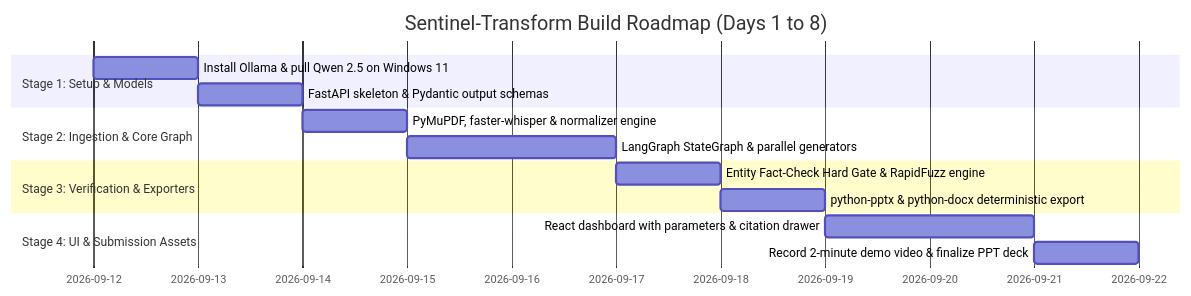
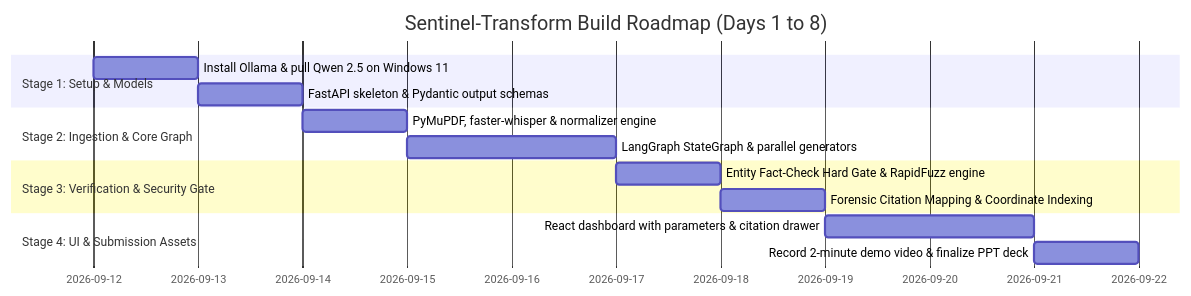
One commit to Pranav1632/sih1 changed the third of 3 diagrams in build_specifications/03_verification_debate_and_build_plan.md. Above: the diagram before and after it, drawn with Mermaid. The commit also changed other lines of this file and 21 other files, not shown here.

````diff
--- a/build_specifications/03_verification_debate_and_build_plan.md
+++ b/build_specifications/03_verification_debate_and_build_plan.md
@@ -180,17 +180,17 @@
 ```mermaid
 gantt
     title Sentinel-Transform Build Roadmap (Days 1 to 8)
     dateFormat  YYYY-MM-DD
     section Stage 1: Setup & Models
     Install Ollama & pull Qwen 2.5 on Windows 11   :m1, 2026-09-12, 1d
     FastAPI skeleton & Pydantic output schemas      :m2, after m1, 1d
     section Stage 2: Ingestion & Core Graph
     PyMuPDF, faster-whisper & normalizer engine    :m3, after m2, 1d
     LangGraph StateGraph & parallel generators      :m4, after m3, 2d
-    section Stage 3: Verification & Exporters
+    section Stage 3: Verification & Security Gate
     Entity Fact-Check Hard Gate & RapidFuzz engine :m5, after m4, 1d
-    python-pptx & python-docx deterministic export  :m6, after m5, 1d
+    Forensic Citation Mapping & Coordinate Indexing:m6, after m5, 1d
     section Stage 4: UI & Submission Assets
     React dashboard with parameters & citation drawer:m7, after m6, 2d
     Record 2-minute demo video & finalize PPT deck  :m8, after m7, 1d
 ```
````
